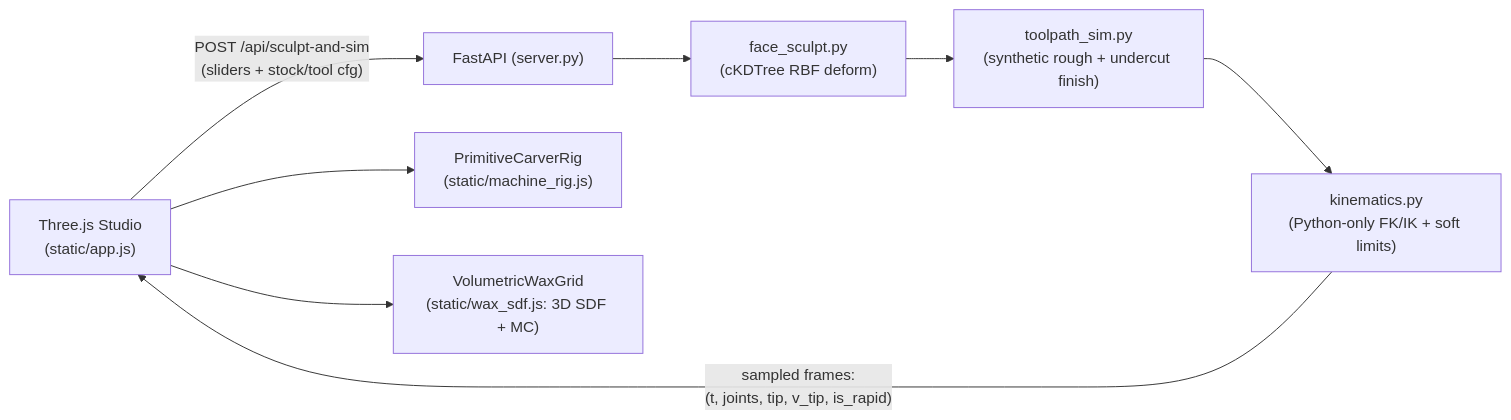
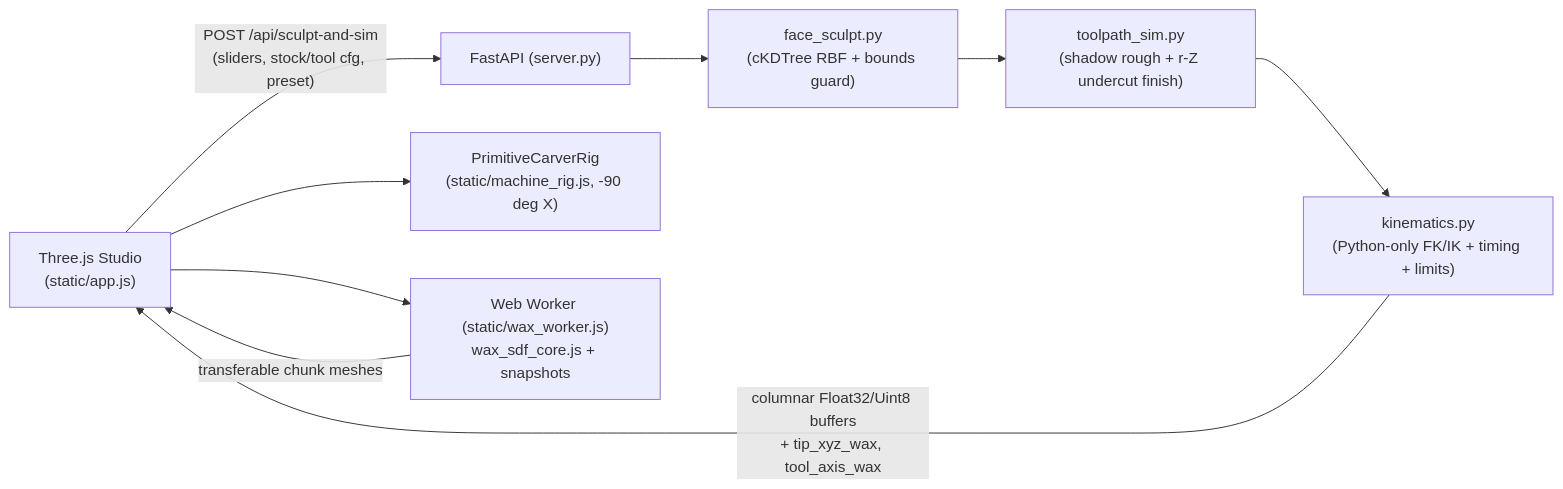
The diagram in openspec/changes/carver-sim-mvp/architecture.md (slowbutfast/carving-simulation), drawn with Mermaid before and after one commit. The commit also changed other lines of this file and 9 other files, not shown here.

Commit message:
docs(openspec): revise carver-sim-mvp artifacts based on review feedback

````diff
--- a/openspec/changes/carver-sim-mvp/architecture.md
+++ b/openspec/changes/carver-sim-mvp/architecture.md
@@ -11,10 +11,11 @@
 ```mermaid
 flowchart LR
-    UI["Three.js Studio\n(static/app.js)"] -->|"POST /api/sculpt-and-sim\n(sliders + stock/tool cfg)"| API["FastAPI (server.py)"]
-    API --> Sculpt["face_sculpt.py\n(cKDTree RBF deform)"]
-    Sculpt --> Toolpath["toolpath_sim.py\n(synthetic rough + undercut finish)"]
-    Toolpath --> Kin["kinematics.py\n(Python-only FK/IK + soft limits)"]
-    Kin -->|"sampled frames:\n(t, joints, tip, v_tip, is_rapid)"| UI
-    UI --> Rig["PrimitiveCarverRig\n(static/machine_rig.js)"]
-    UI --> SDF["VolumetricWaxGrid\n(static/wax_sdf.js: 3D SDF + MC)"]
+    UI["Three.js Studio\n(static/app.js)"] -->|"POST /api/sculpt-and-sim\n(sliders, stock/tool cfg, preset)"| API["FastAPI (server.py)"]
+    API --> Sculpt["face_sculpt.py\n(cKDTree RBF + bounds guard)"]
+    Sculpt --> Toolpath["toolpath_sim.py\n(shadow rough + r-Z undercut finish)"]
+    Toolpath --> Kin["kinematics.py\n(Python-only FK/IK + timing + limits)"]
+    Kin -->|"columnar Float32/Uint8 buffers\n+ tip_xyz_wax, tool_axis_wax"| UI
+    UI --> Rig["PrimitiveCarverRig\n(static/machine_rig.js, -90 deg X)"]
+    UI --> Worker["Web Worker (static/wax_worker.js)\nwax_sdf_core.js + snapshots"]
+    Worker -->|"transferable chunk meshes"| UI
 ```
````
